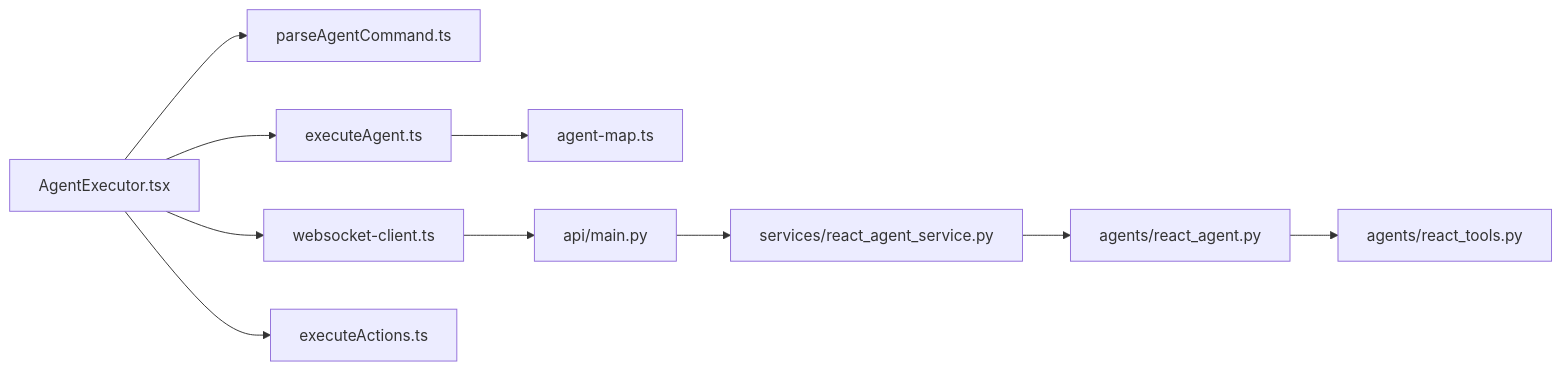
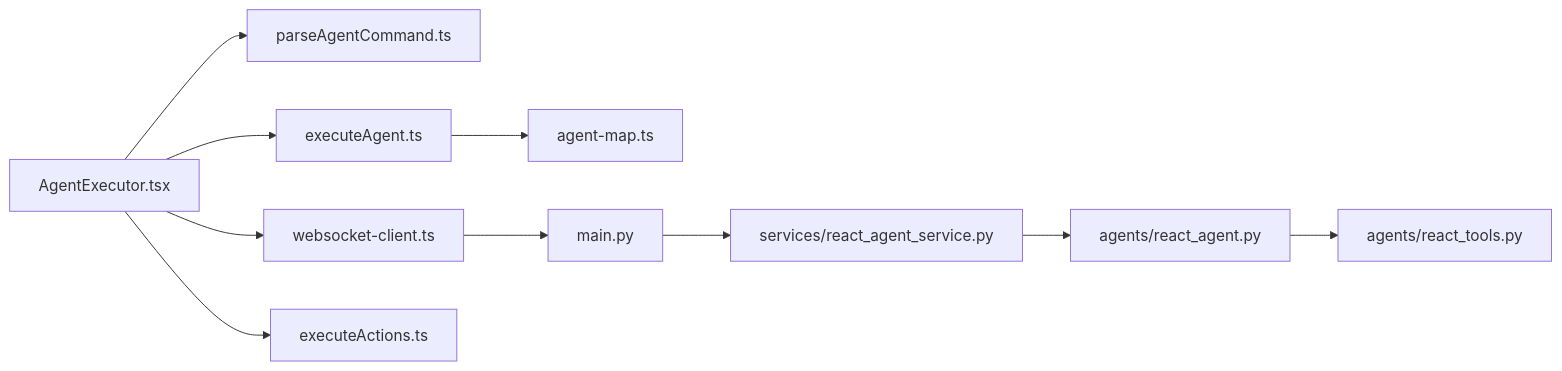
The ninth of 9 diagrams in src/data/docs/agentic-browser/Browser Extension/Agent Execution Engine.md (tashifkhan/tashif.codes), drawn with Mermaid before and after one commit. The commit also changed other lines of this file and 2128 other files, not shown here.

First line of the commit message:
docs: replace raster diagram images with native Mermaid across project guides

````diff
--- a/src/data/docs/agentic-browser/Browser Extension/Agent Execution Engine.md
+++ b/src/data/docs/agentic-browser/Browser Extension/Agent Execution Engine.md
@@ -278,12 +270,12 @@
 ```mermaid
 graph LR
 UI["AgentExecutor.tsx"] --> Parser["parseAgentCommand.ts"]
 UI --> Exec["executeAgent.ts"]
 UI --> WS["websocket-client.ts"]
 UI --> Actions["executeActions.ts"]
 Exec --> Map["agent-map.ts"]
-WS --> API["api/main.py"]
+WS --> API["main.py"]
 API --> Svc["services/react_agent_service.py"]
 Svc --> Graph["agents/react_agent.py"]
 Graph --> Tools["agents/react_tools.py"]
 ```
````
